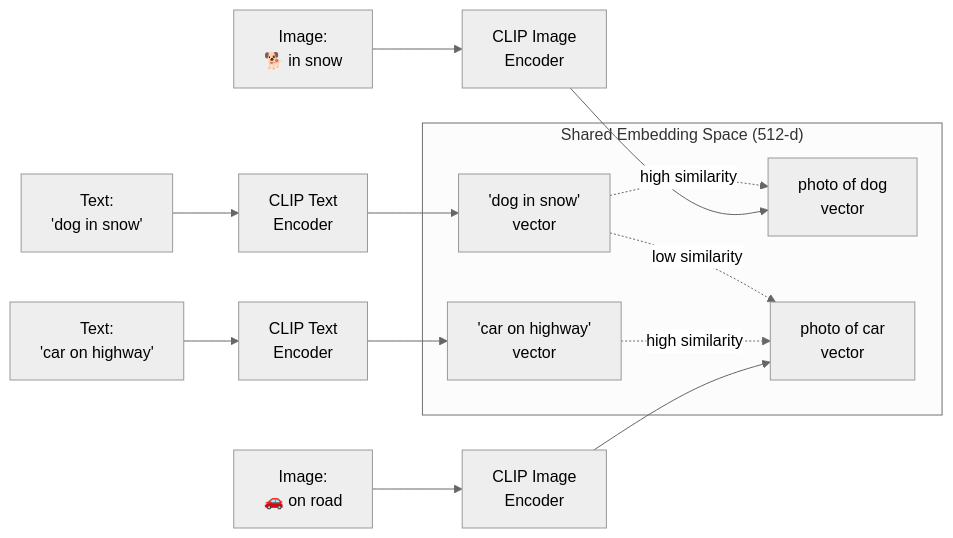
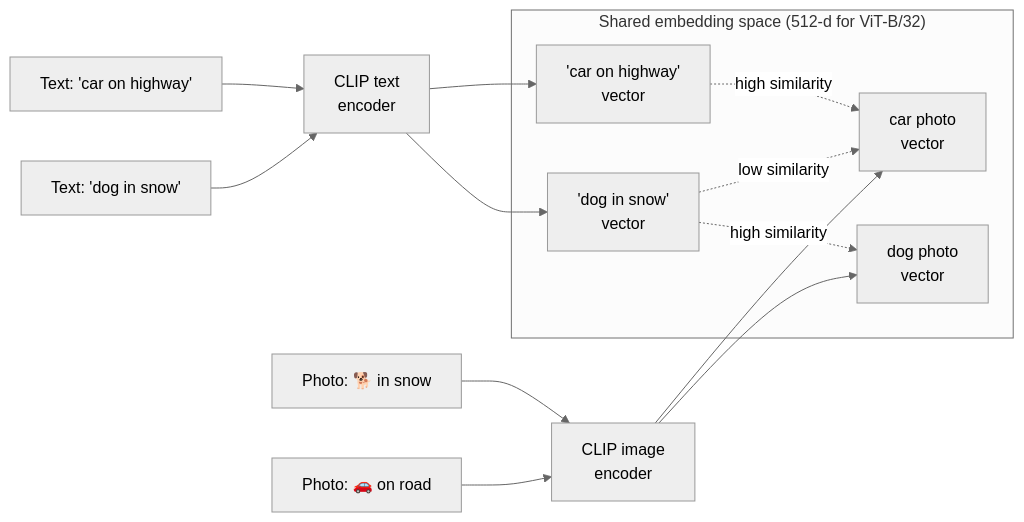
One commit to Hmago/ml4 changed the second of 4 diagrams in content/28_semantic_search.md. Above: the diagram before and after it, drawn with Mermaid (neutral theme). The commit also changed other lines of this file and 96 other files, not shown here.

````diff
--- a/content/28_semantic_search.md
+++ b/content/28_semantic_search.md
@@ -285,25 +392,20 @@
 ```mermaid
 flowchart LR
-    subgraph "Shared Embedding Space (512-d)"
-        V1["'dog in snow'\nvector"]
-        V2["photo of dog\nvector"]
-        V3["'car on highway'\nvector"]
-        V4["photo of car\nvector"]
+    T1["Text: 'dog in snow'"] --> TE["CLIP text<br/>encoder"]
+    T2["Text: 'car on highway'"] --> TE
+    I1["Photo: 🐕 in snow"] --> IE["CLIP image<br/>encoder"]
+    I2["Photo: 🚗 on road"] --> IE
+    subgraph S["Shared embedding space (512-d for ViT-B/32)"]
+        V1["'dog in snow'<br/>vector"]
+        V2["dog photo<br/>vector"]
+        V3["'car on highway'<br/>vector"]
+        V4["car photo<br/>vector"]
     end
-
-    T1["Text:\n'dog in snow'"] --> TE["CLIP Text\nEncoder"]
     TE --> V1
-
-    I1["Image:\n🐕 in snow"] --> IE["CLIP Image\nEncoder"]
+    TE --> V3
     IE --> V2
-
-    T2["Text:\n'car on highway'"] --> TE2["CLIP Text\nEncoder"]
-    TE2 --> V3
-
-    I2["Image:\n🚗 on road"] --> IE2["CLIP Image\nEncoder"]
-    IE2 --> V4
-
+    IE --> V4
     V1 -. "high similarity" .-> V2
     V3 -. "high similarity" .-> V4
     V1 -. "low similarity" .-> V4
 ```
````
